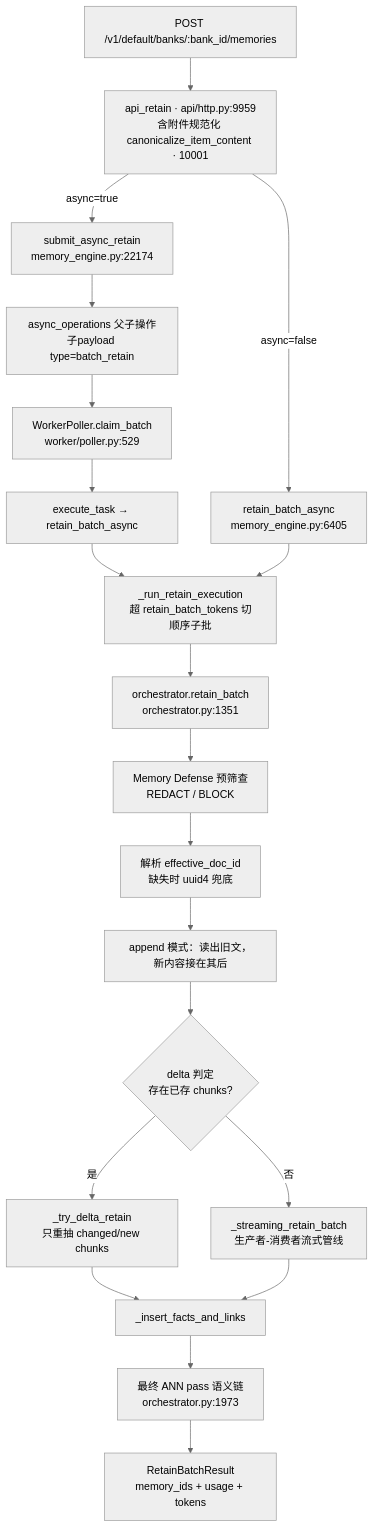
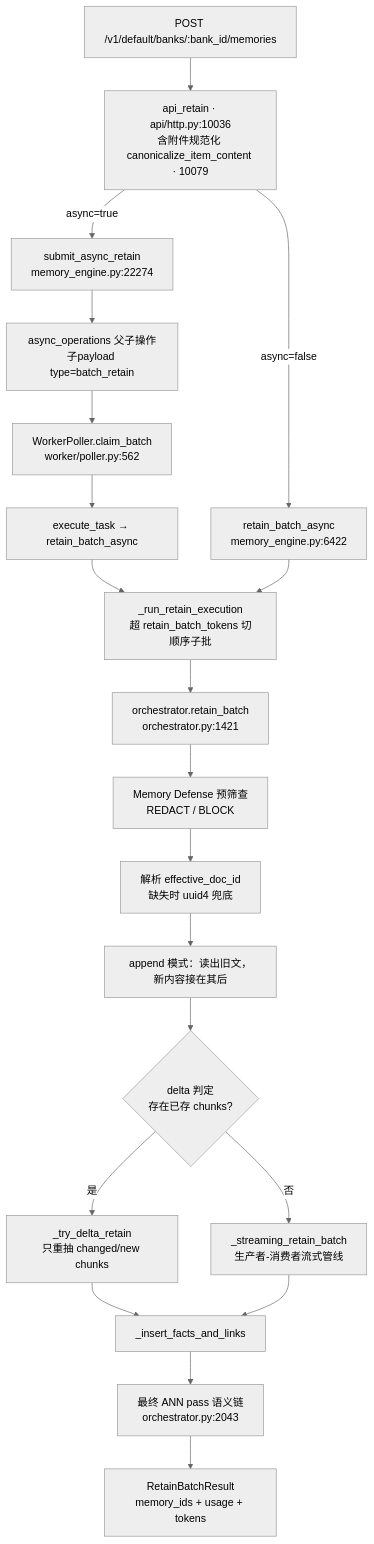
One commit to stefanv5/memory-platform-architecture changed the first of 3 diagrams in docs/hindsight/source-study/02-retain-摄取管线.md. Above: the diagram before and after it, drawn with Mermaid (neutral theme). The commit also changed other lines of this file and 8 other files, not shown here.

````diff
--- a/docs/hindsight/source-study/02-retain-摄取管线.md
+++ b/docs/hindsight/source-study/02-retain-摄取管线.md
@@ -62,22 +62,22 @@
 ```mermaid
 flowchart TD
-    REQ["POST /v1/default/banks/:bank_id/memories"] --> ROUTE["api_retain · api/http.py:9959<br/>含附件规范化 canonicalize_item_content · 10001"]
-    ROUTE -->|"async=true"| SUBMIT["submit_async_retain<br/>memory_engine.py:22174"]
-    ROUTE -->|"async=false"| SYNC["retain_batch_async<br/>memory_engine.py:6405"]
+    REQ["POST /v1/default/banks/:bank_id/memories"] --> ROUTE["api_retain · api/http.py:10036<br/>含附件规范化 canonicalize_item_content · 10079"]
+    ROUTE -->|"async=true"| SUBMIT["submit_async_retain<br/>memory_engine.py:22274"]
+    ROUTE -->|"async=false"| SYNC["retain_batch_async<br/>memory_engine.py:6422"]
     SUBMIT --> OPS["async_operations 父子操作<br/>子payload type=batch_retain"]
-    OPS --> POLL["WorkerPoller.claim_batch<br/>worker/poller.py:529"]
+    OPS --> POLL["WorkerPoller.claim_batch<br/>worker/poller.py:562"]
     POLL --> EXEC["execute_task → retain_batch_async"]
     EXEC --> SPLIT
     SYNC --> SPLIT["_run_retain_execution<br/>超 retain_batch_tokens 切顺序子批"]
-    SPLIT --> ORCH["orchestrator.retain_batch<br/>orchestrator.py:1351"]
+    SPLIT --> ORCH["orchestrator.retain_batch<br/>orchestrator.py:1421"]
     ORCH --> MD["Memory Defense 预筛查<br/>REDACT / BLOCK"]
     MD --> DOCID["解析 effective_doc_id<br/>缺失时 uuid4 兜底"]
     DOCID --> APPEND["append 模式：读出旧文，新内容接在其后"]
     APPEND --> DELTA{"delta 判定<br/>存在已存 chunks?"}
     DELTA -->|"是"| DPATH["_try_delta_retain<br/>只重抽 changed/new chunks"]
     DELTA -->|"否"| STREAM["_streaming_retain_batch<br/>生产者-消费者流式管线"]
     DPATH --> LK["_insert_facts_and_links"]
     STREAM --> LK
-    LK --> ANN["最终 ANN pass 语义链<br/>orchestrator.py:1973"]
+    LK --> ANN["最终 ANN pass 语义链<br/>orchestrator.py:2043"]
     ANN --> OUT["RetainBatchResult<br/>memory_ids + usage + tokens"]
 ```
````
